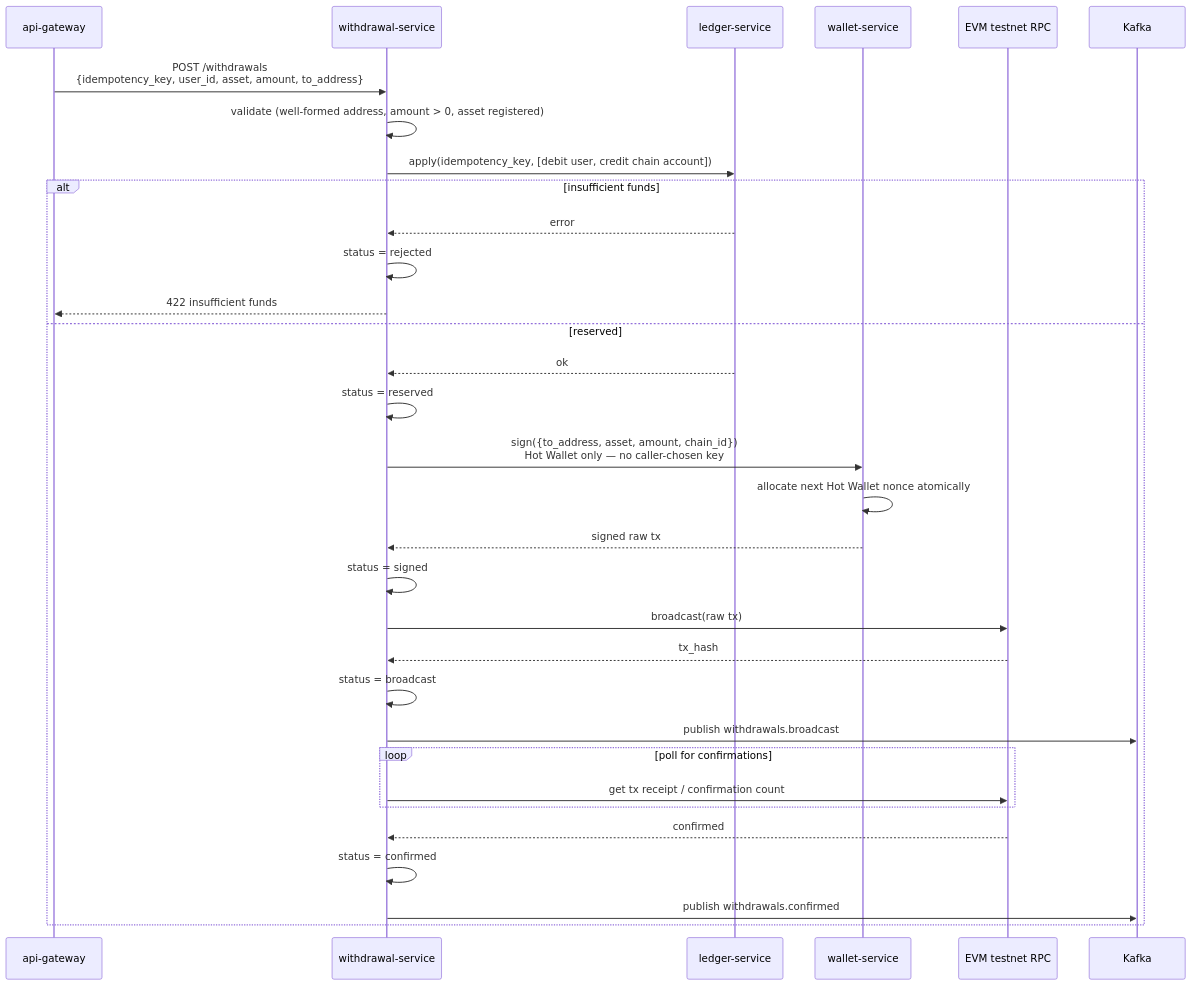
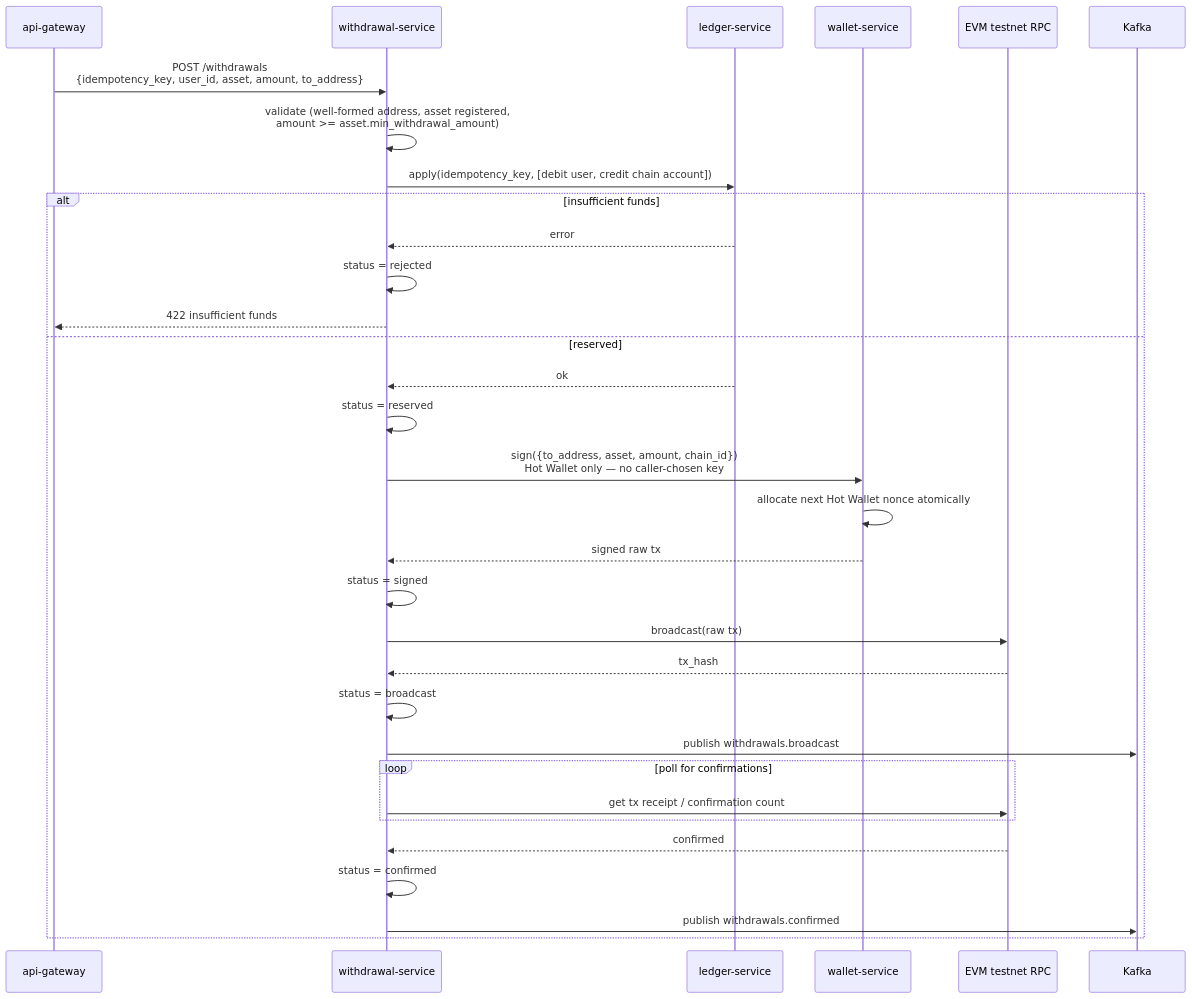
Before and after one commit to VuKhuongDuy/DigiWal: the first of 2 diagrams in docs/design/withdrawal-flow.md, drawn with Mermaid. The commit also changed other lines of this file and 2 other files, not shown here.

First line of the commit message:
Decide Hot Ceiling/Floor and minimum withdrawal amount

````diff
--- a/docs/design/withdrawal-flow.md
+++ b/docs/design/withdrawal-flow.md
@@ -134,35 +151,35 @@
 ```mermaid
 sequenceDiagram
     participant Gateway as api-gateway
     participant WD as withdrawal-service
     participant Ledger as ledger-service
     participant Wallet as wallet-service
     participant RPC as EVM testnet RPC
     participant Kafka
 
     Gateway->>WD: POST /withdrawals<br/>{idempotency_key, user_id, asset, amount, to_address}
-    WD->>WD: validate (well-formed address, amount > 0, asset registered)
+    WD->>WD: validate (well-formed address, asset registered,<br/>amount >= asset.min_withdrawal_amount)
     WD->>Ledger: apply(idempotency_key, [debit user, credit chain account])
     alt insufficient funds
         Ledger-->>WD: error
         WD->>WD: status = rejected
         WD-->>Gateway: 422 insufficient funds
     else reserved
         Ledger-->>WD: ok
         WD->>WD: status = reserved
         WD->>Wallet: sign({to_address, asset, amount, chain_id})<br/>Hot Wallet only — no caller-chosen key
         Wallet->>Wallet: allocate next Hot Wallet nonce atomically
         Wallet-->>WD: signed raw tx
         WD->>WD: status = signed
         WD->>RPC: broadcast(raw tx)
         RPC-->>WD: tx_hash
         WD->>WD: status = broadcast
         WD->>Kafka: publish withdrawals.broadcast
         loop poll for confirmations
             WD->>RPC: get tx receipt / confirmation count
         end
         RPC-->>WD: confirmed
         WD->>WD: status = confirmed
         WD->>Kafka: publish withdrawals.confirmed
     end
 ```
````
